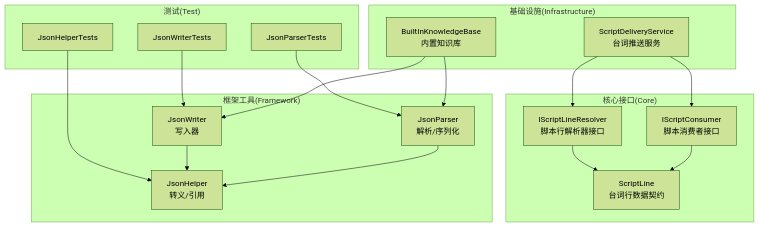
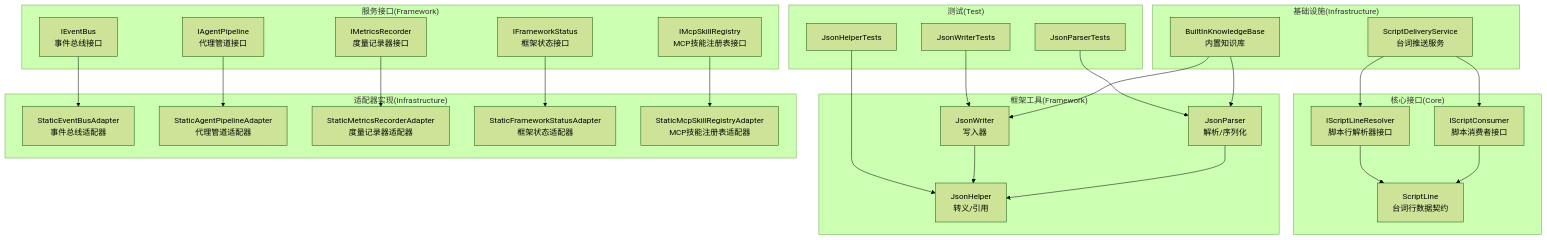
Before and after one commit to suzvka/NPCLife: the first of 4 diagrams in .qoder/repowiki/zh/content/API参考文档/框架接口.md, drawn with Mermaid (forest theme). The commit also changed other lines of this file and 28 other files, not shown here.

````diff
--- a/.qoder/repowiki/zh/content/API参考文档/框架接口.md
+++ b/.qoder/repowiki/zh/content/API参考文档/框架接口.md
@@ -45,33 +62,52 @@
 ```mermaid
 graph TB
 subgraph "核心接口(Core)"
 A["IScriptConsumer<br/>脚本消费者接口"]
 B["IScriptLineResolver<br/>脚本行解析器接口"]
 C["ScriptLine<br/>台词行数据契约"]
 end
+subgraph "服务接口(Framework)"
+D["IEventBus<br/>事件总线接口"]
+E["IAgentPipeline<br/>代理管道接口"]
+F["IMetricsRecorder<br/>度量记录器接口"]
+G["IFrameworkStatus<br/>框架状态接口"]
+H["IMcpSkillRegistry<br/>MCP技能注册表接口"]
+end
 subgraph "框架工具(Framework)"
-D["JsonHelper<br/>转义/引用"]
-E["JsonParser<br/>解析/序列化"]
-F["JsonWriter<br/>写入器"]
+I["JsonHelper<br/>转义/引用"]
+J["JsonParser<br/>解析/序列化"]
+K["JsonWriter<br/>写入器"]
+end
+subgraph "适配器实现(Infrastructure)"
+L["StaticEventBusAdapter<br/>事件总线适配器"]
+M["StaticAgentPipelineAdapter<br/>代理管道适配器"]
+N["StaticMetricsRecorderAdapter<br/>度量记录器适配器"]
+O["StaticFrameworkStatusAdapter<br/>框架状态适配器"]
+P["StaticMcpSkillRegistryAdapter<br/>MCP技能注册表适配器"]
 end
 subgraph "基础设施(Infrastructure)"
-G["ScriptDeliveryService<br/>台词推送服务"]
-H["BuiltInKnowledgeBase<br/>内置知识库"]
+Q["ScriptDeliveryService<br/>台词推送服务"]
+R["BuiltInKnowledgeBase<br/>内置知识库"]
 end
 subgraph "测试(Test)"
 T1["JsonHelperTests"]
 T2["JsonParserTests"]
 T3["JsonWriterTests"]
 end
 A --> C
 B --> C
-G --> A
-G --> B
-H --> E
-H --> F
-E --> D
-F --> D
-T1 --> D
-T2 --> E
-T3 --> F
+D --> L
+E --> M
+F --> N
+G --> O
+H --> P
+Q --> A
+Q --> B
+R --> J
+R --> K
+J --> I
+K --> I
+T1 --> I
+T2 --> J
+T3 --> K
 ```
````
